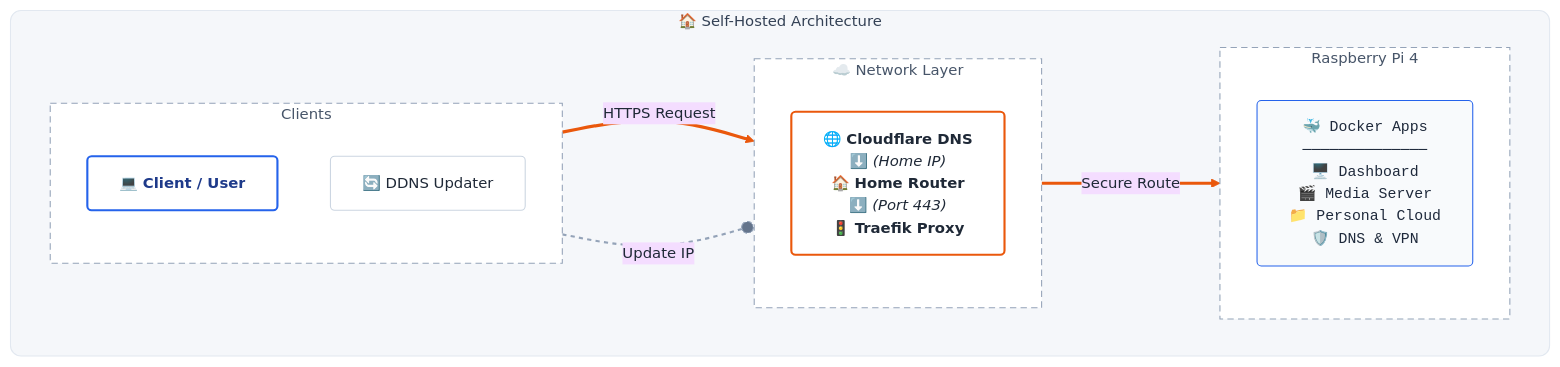
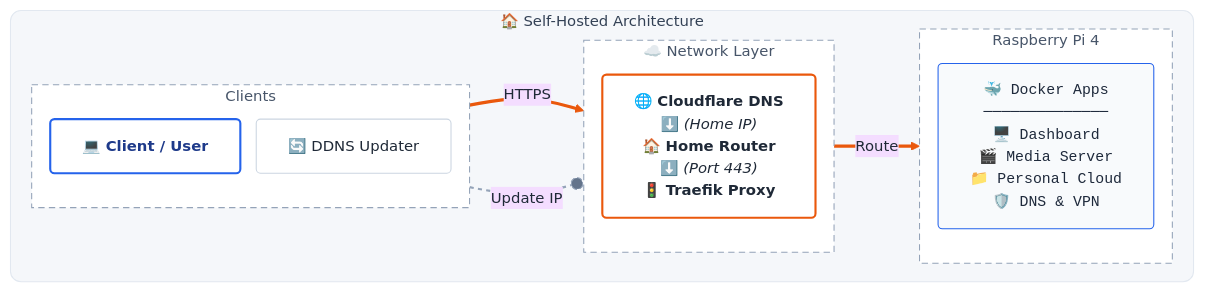
Before and after one commit to charan-altro/self-host-lab: the diagram in README.md, drawn with Mermaid.

````diff
--- a/README.md
+++ b/README.md
@@ -10,80 +10,73 @@
 ```mermaid
 %%{init: {
   'theme': 'base',
   'themeVariables': {
     'background': '#F5F7FA',
     'primaryTextColor': '#1F2937',
     'lineColor': '#64748B',
     'fontSize': '14px'
+  },
+  'flowchart': {
+    'rankSpacing': 15,
+    'nodeSpacing': 15
   }
 }}%%
 flowchart LR
     %% --- STYLE DEFINITIONS ---
     classDef base fill:#FFFFFF,stroke:#CBD5E1,stroke-width:1px,color:#1F2937,rx:4,ry:4,shadow:true
     classDef client fill:#FFFFFF,stroke:#2563EB,stroke-width:2px,color:#1E3A8A,rx:4,ry:4,font-weight:bold,shadow:true
-    
-    %% The Network Stack Style (Orange Border, centered text)
     classDef netStack fill:#FFFFFF,stroke:#EA580C,stroke-width:2px,color:#1F2937,rx:4,ry:4,shadow:true,align:center
-    
-    %% The App Stack Style (Blue Border, left aligned)
     classDef appStack fill:#F8FAFC,stroke:#2563EB,stroke-width:1px,color:#1E293B,rx:4,ry:4,align:left,font-family:monospace
 
     %% --- CONTAINER STYLING ---
     classDef masterZone fill:#F5F7FA,stroke:#E2E8F0,stroke-width:1px,rx:10,ry:10,color:#334155
     classDef innerZone fill:#FFFFFF,stroke:#94A3B8,stroke-width:1px,stroke-dasharray: 6 4,color:#475569
 
     %% --- DIAGRAM CONTENT ---
 
     subgraph HomeLab ["🏠 Self-Hosted Architecture"]
         direction LR
 
         %% 1. LEFT: Inputs
         subgraph Inputs ["Clients"]
             direction TB
             User["💻 Client / User"]:::client
             DDNS["🔄 DDNS Updater"]:::base
         end
 
-        %% 2. MIDDLE: Network Stack (FORCED VERTICAL VIA HTML)
+        %% 2. MIDDLE: Network Stack (Single Node for Vertical Layout)
         subgraph Network ["☁️ Network Layer"]
             direction TB
-            %% This node uses HTML <br> tags to force the vertical look
-            %% It simulates the stack perfectly in a single box
             NetStack["🌐 <b>Cloudflare DNS</b>
             ⬇️ <i>(Home IP)</i>
             🏠 <b>Home Router</b>
             ⬇️ <i>(Port 443)</i>
             🚦 <b>Traefik Proxy</b>"]:::netStack
         end
 
         %% 3. RIGHT: Server
         subgraph Server ["Raspberry Pi 4"]
             direction TB
             Docker["🐳 Docker Apps
             ──────────────
             🖥️ Dashboard
             🎬 Media Server
             📁 Personal Cloud
             🛡️ DNS & VPN"]:::appStack
         end
     end
 
     %% --- CONNECTIONS ---
     
-    %% User hits the Network Stack
-    User ==>|"HTTPS Request"| NetStack
-    
-    %% Network Stack hits the Server
-    NetStack ==>|"Secure Route"| Docker
-
-    %% Maintenance Path
+    User ==>|"HTTPS"| NetStack
+    NetStack ==>|"Route"| Docker
     DDNS -.-o|"Update IP"| NetStack
 
     %% --- APPLY STYLES ---
     class HomeLab masterZone
     class Inputs,Network,Server innerZone
 
     %% Link Styling
     linkStyle 0,1 stroke:#EA580C,stroke-width:3px,fill:none
     linkStyle 2 stroke:#94A3B8,stroke-width:2px,stroke-dasharray: 4 4
 ```
````
